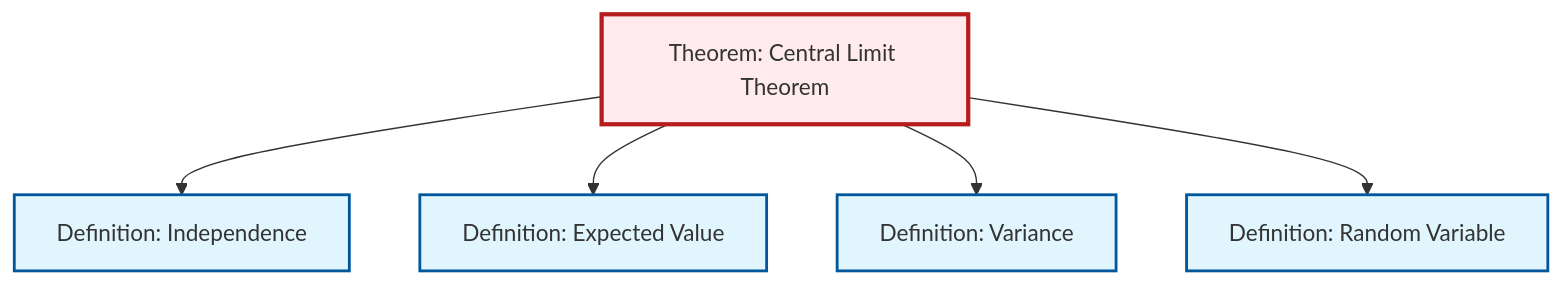
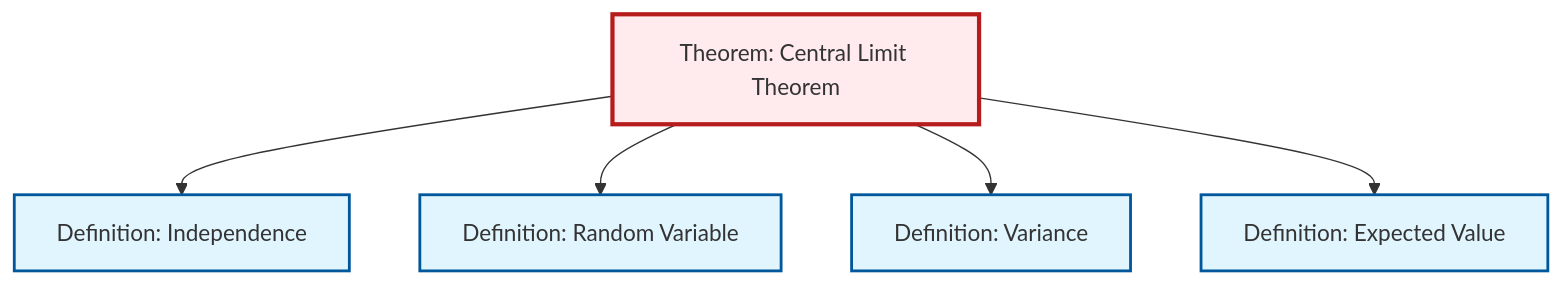
One commit to RK0429/ModernMath changed the second of 2 diagrams in content/ja/probability-statistics/thm-central-limit.qmd. Above: the diagram before and after it, drawn with Mermaid. The commit also changed other lines of this file and 619 other files, not shown here.

````diff
--- a/content/ja/probability-statistics/thm-central-limit.qmd
+++ b/content/ja/probability-statistics/thm-central-limit.qmd
@@ -110,23 +110,23 @@
 ```{mermaid}
 %%| fig-cap: "Local dependency graph"
 graph TD
     classDef definition fill:#e1f5fe,stroke:#01579b,stroke-width:2px
     classDef theorem fill:#f3e5f5,stroke:#4a148c,stroke-width:2px
     classDef axiom fill:#fff3e0,stroke:#e65100,stroke-width:2px
     classDef example fill:#e8f5e9,stroke:#1b5e20,stroke-width:2px
     classDef current fill:#ffebee,stroke:#b71c1c,stroke-width:3px
-    def-variance["Definition: Variance"]:::definition
+    thm-central-limit["Theorem: Central Limit Theorem"]:::theorem
     def-expectation["Definition: Expected Value"]:::definition
     def-random-variable["Definition: Random Variable"]:::definition
+    def-variance["Definition: Variance"]:::definition
     def-independence["Definition: Independence"]:::definition
-    thm-central-limit["Theorem: Central Limit Theorem"]:::theorem
     thm-central-limit --> def-independence
+    thm-central-limit --> def-random-variable
+    thm-central-limit --> def-variance
     thm-central-limit --> def-expectation
-    thm-central-limit --> def-variance
-    thm-central-limit --> def-random-variable
     class thm-central-limit current
-    click def-variance "def-variance.html" "Definition: Varianceへ"
     click def-expectation "def-expectation.html" "Definition: Expected Valueへ"
     click def-random-variable "def-random-variable.html" "Definition: Random Variableへ"
+    click def-variance "def-variance.html" "Definition: Varianceへ"
     click def-independence "def-independence.html" "Definition: Independenceへ"
 ```
````
